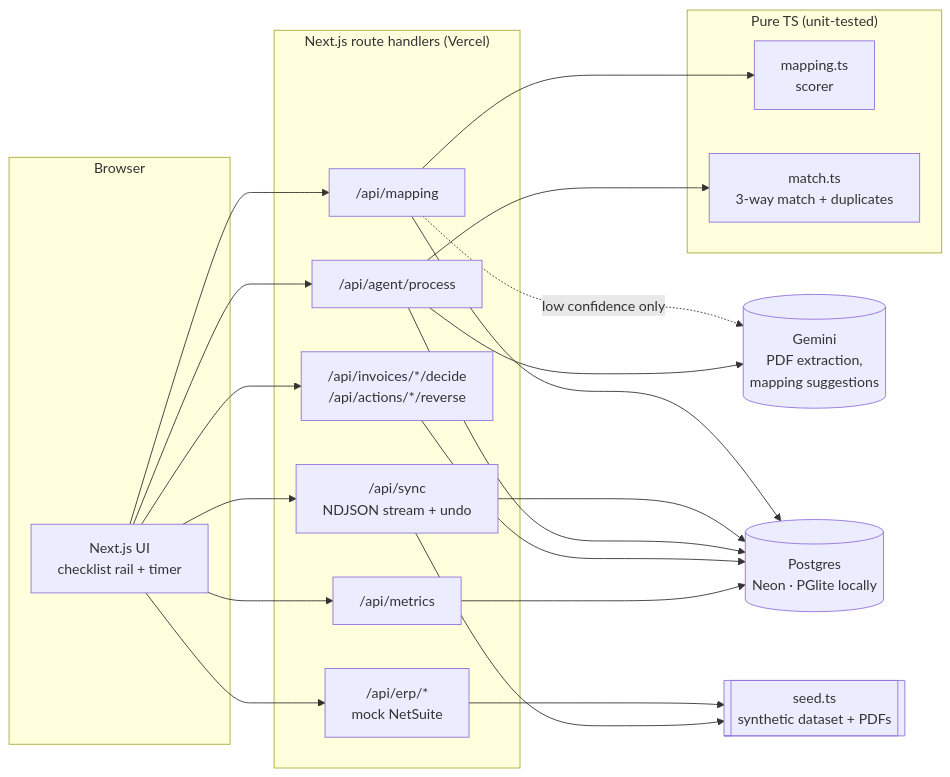
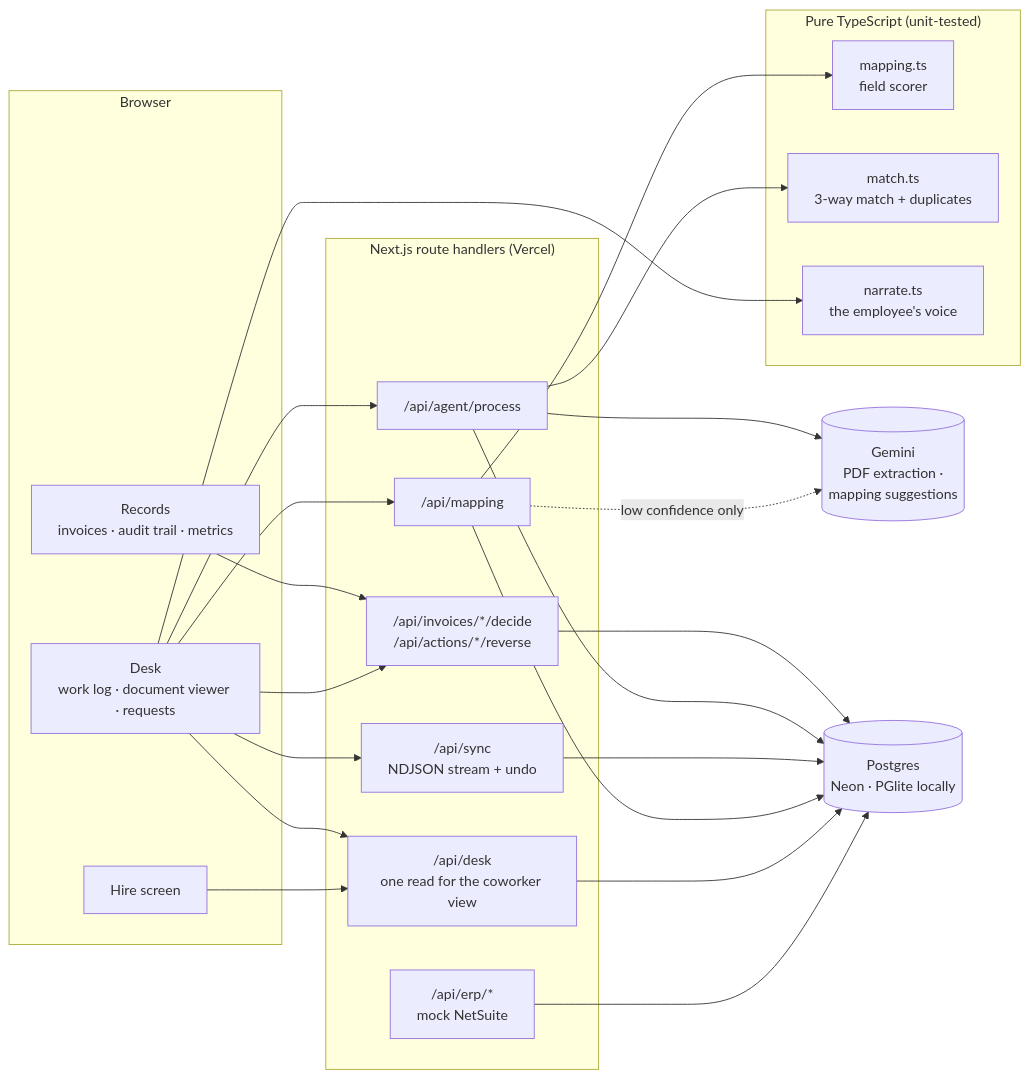
Before and after one commit to alphaahad/hired-in-an-hour: the diagram in README.md, drawn with Mermaid. The commit also changed other lines of this file and 32 other files, not shown here.

````diff
--- a/README.md
+++ b/README.md
@@ -52,30 +63,33 @@
 ```mermaid
 flowchart LR
   subgraph Browser
-    UI[Next.js UI<br/>checklist rail + timer]
+    HIRE[Hire screen]
+    DESK[Desk<br/>work log · document viewer · requests]
+    REC[Records<br/>invoices · audit trail · metrics]
   end
   subgraph "Next.js route handlers (Vercel)"
-    ERP["/api/erp/* <br/>mock NetSuite"]
+    ERP["/api/erp/*<br/>mock NetSuite"]
+    DS["/api/desk<br/>one read for the coworker view"]
     MAP["/api/mapping"]
     SYNC["/api/sync<br/>NDJSON stream + undo"]
     AGENT["/api/agent/process"]
     ACT["/api/invoices/*/decide<br/>/api/actions/*/reverse"]
-    MET["/api/metrics"]
   end
-  subgraph "Pure TS (unit-tested)"
-    M[mapping.ts<br/>scorer]
+  subgraph "Pure TypeScript (unit-tested)"
+    M[mapping.ts<br/>field scorer]
     X[match.ts<br/>3-way match + duplicates]
+    N[narrate.ts<br/>the employee's voice]
   end
-  G[(Gemini<br/>PDF extraction,<br/>mapping suggestions)]
+  G[(Gemini<br/>PDF extraction ·<br/>mapping suggestions)]
   DB[(Postgres<br/>Neon · PGlite locally)]
-  SEED[[seed.ts<br/>synthetic dataset + PDFs]]
 
-  UI --> ERP & MAP & SYNC & AGENT & ACT & MET
+  HIRE --> DS
+  DESK --> DS & MAP & SYNC & AGENT & ACT
+  DESK --> N
+  REC --> ACT
   MAP --> M
   MAP -. low confidence only .-> G
   AGENT --> G
   AGENT --> X
-  ERP --> SEED
-  SYNC --> SEED
-  MAP & SYNC & AGENT & ACT & MET --> DB
+  ERP & DS & MAP & SYNC & AGENT & ACT --> DB
 ```
````
